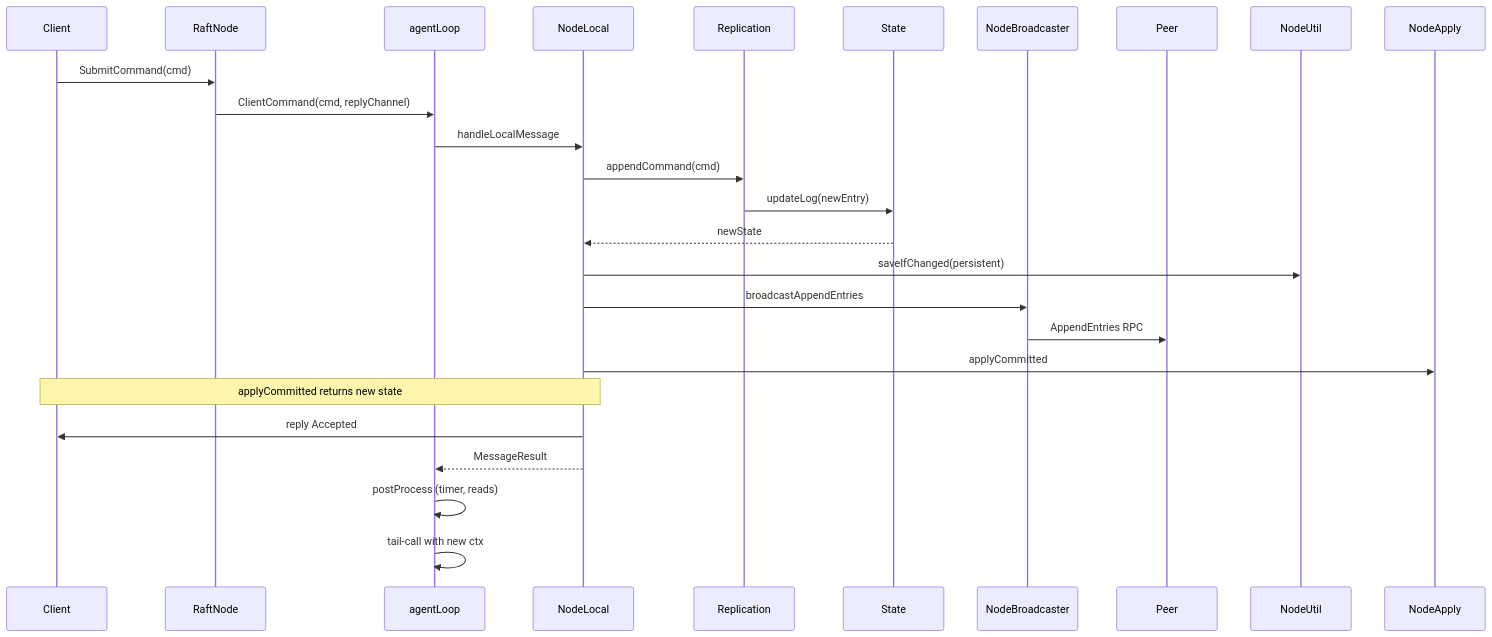
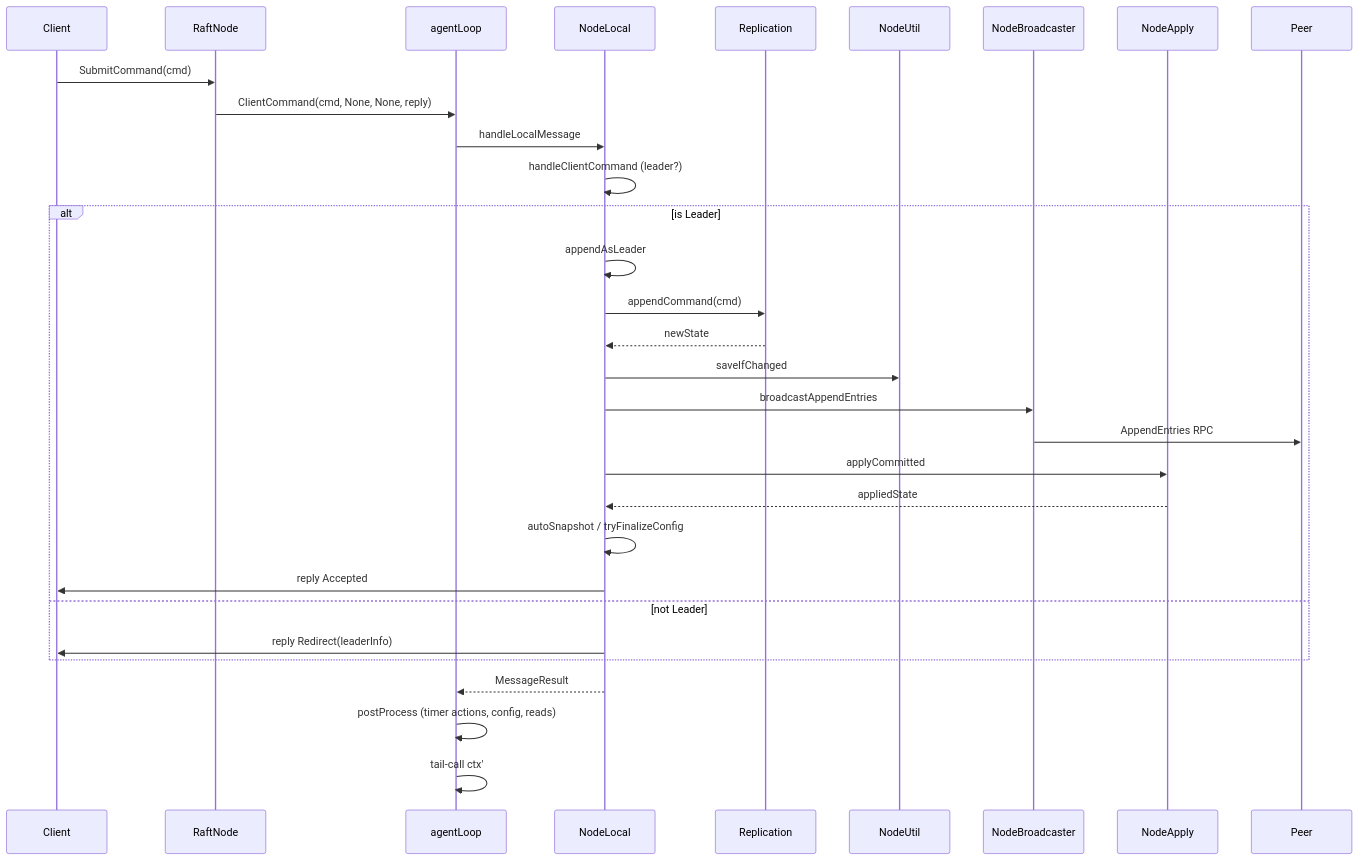
The first of 2 diagrams in docs/architecture.md (nwtks/raft), drawn with Mermaid before and after one commit. The commit also changed other lines of this file and 3 other files, not shown here.

Commit message:
docs: update architecture diagrams and documentation, and clarify cyclomatic complexity reporting

````diff
--- a/docs/architecture.md
+++ b/docs/architecture.md
@@ -92,32 +92,41 @@
 ```mermaid
 sequenceDiagram
     participant Client
     participant RaftNode
     participant agentLoop
     participant NodeLocal
     participant Replication
-    participant State
+    participant NodeUtil
     participant NodeBroadcaster
+    participant NodeApply
     participant Peer
 
     Client->>RaftNode: SubmitCommand(cmd)
-    RaftNode->>agentLoop: ClientCommand(cmd, replyChannel)
+    RaftNode->>agentLoop: ClientCommand(cmd, None, None, reply)
 
     agentLoop->>NodeLocal: handleLocalMessage
 
-    NodeLocal->>Replication: appendCommand(cmd)
-    Replication->>State: updateLog(newEntry)
-    State-->>NodeLocal: newState
+    NodeLocal->>NodeLocal: handleClientCommand (leader?)
+    alt is Leader
+        NodeLocal->>NodeLocal: appendAsLeader
+        NodeLocal->>Replication: appendCommand(cmd)
+        Replication-->>NodeLocal: newState
 
-    NodeLocal->>NodeUtil: saveIfChanged(persistent)
-    NodeLocal->>NodeBroadcaster: broadcastAppendEntries
-    NodeBroadcaster->>Peer: AppendEntries RPC
+        NodeLocal->>NodeUtil: saveIfChanged
+        NodeLocal->>NodeBroadcaster: broadcastAppendEntries
+        NodeBroadcaster->>Peer: AppendEntries RPC
 
-    NodeLocal->>NodeApply: applyCommitted
-    Note over NodeLocal,Client: applyCommitted returns new state
-    NodeLocal->>Client: reply Accepted
+        NodeLocal->>NodeApply: applyCommitted
+        NodeApply-->>NodeLocal: appliedState
+
+        NodeLocal->>NodeLocal: autoSnapshot / tryFinalizeConfig
+        NodeLocal->>Client: reply Accepted
+    else not Leader
+        NodeLocal->>Client: reply Redirect(leaderInfo)
+    end
+
     NodeLocal-->>agentLoop: MessageResult
 
-    agentLoop->>agentLoop: postProcess (timer, reads)
-    agentLoop->>agentLoop: tail-call with new ctx
+    agentLoop->>agentLoop: postProcess (timer actions, config, reads)
+    agentLoop->>agentLoop: tail-call ctx'
 ```
````
